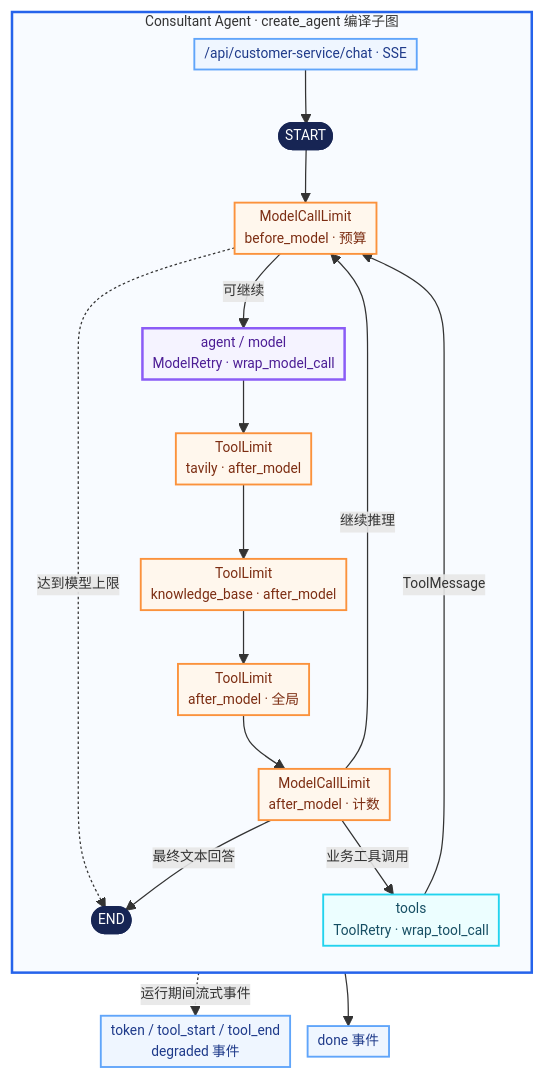
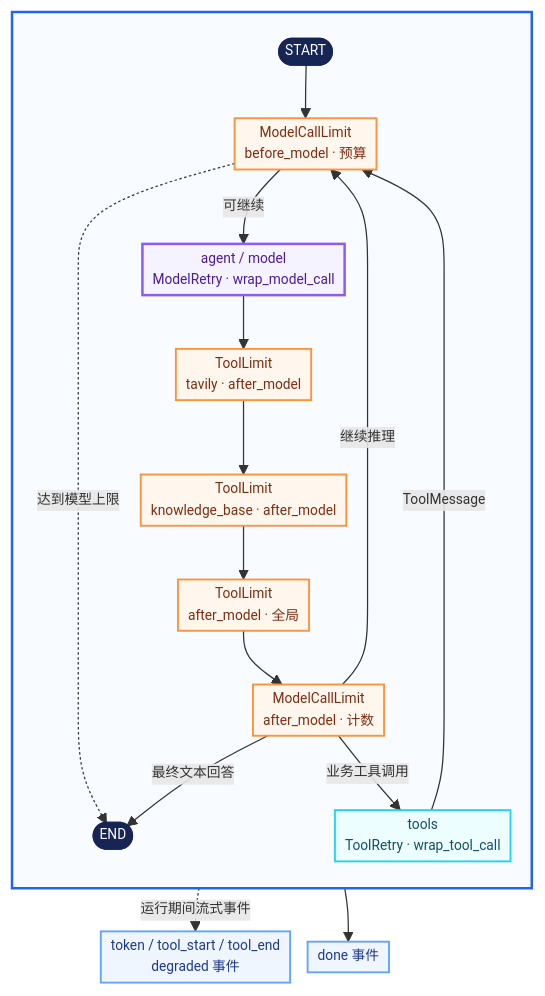
The fourth of 4 diagrams in README.md (Lucky-LMC/AI-Interview), drawn with Mermaid before and after one commit. The commit also changed other lines of this file, not shown here.

Commit message:
docs: refine workflow diagrams

````diff
--- a/README.md
+++ b/README.md
@@ -132,36 +132,35 @@
 ```mermaid
 %%{init: {"flowchart": {"nodeSpacing": 14, "rankSpacing": 18, "padding": 4}, "themeVariables": {"fontSize": "11px"}}}%%
 flowchart TB
-    subgraph consultant_graph["Consultant Agent · create_agent 编译子图"]
+    subgraph consultant_graph[" "]
         direction TB
-        sse["/api/customer-service/chat · SSE"] --> start_c([START])
-        start_c --> before_c["ModelCallLimit<br/>before_model · 预算"]
+        start_c([START]) --> before_c["ModelCallLimit<br/>before_model · 预算"]
         before_c -- 可继续 --> agent_c["agent / model<br/>ModelRetry · wrap_model_call"]
         before_c -. 达到模型上限 .-> end_c([END])
         agent_c --> tavily_limit_c["ToolLimit<br/>tavily · after_model"]
         tavily_limit_c --> kb_limit_c["ToolLimit<br/>knowledge_base · after_model"]
         kb_limit_c --> global_c["ToolLimit<br/>after_model · 全局"]
         global_c --> after_c["ModelCallLimit<br/>after_model · 计数"]
         after_c -- 业务工具调用 --> tools_c["tools<br/>ToolRetry · wrap_tool_call"]
         tools_c -- ToolMessage --> before_c
         after_c -- 最终文本回答 --> end_c([END])
         after_c -- 继续推理 --> before_c
     end
 
     agent_c -. 运行期间流式事件 .-> events["token / tool_start / tool_end<br/>degraded 事件"]
     end_c --> done_c["done 事件"]
 
     classDef terminal fill:#172554,color:#ffffff,stroke:#172554,stroke-width:2px;
     classDef middleware fill:#fff7ed,color:#7c2d12,stroke:#fb923c,stroke-width:1.5px;
     classDef agentCore fill:#f5f3ff,color:#4c1d95,stroke:#8b5cf6,stroke-width:2px;
     classDef tool fill:#ecfeff,color:#164e63,stroke:#22d3ee,stroke-width:1.5px;
     classDef process fill:#eff6ff,color:#1e3a8a,stroke:#60a5fa,stroke-width:1.5px;
 
     class start_c,end_c terminal;
     class before_c,kb_limit_c,tavily_limit_c,global_c,after_c middleware;
     class agent_c agentCore;
     class tools_c tool;
-    class sse,events,done_c process;
+    class events,done_c process;
 
     style consultant_graph fill:#f8fbff,stroke:#2563eb,stroke-width:2px;
 ```
````
